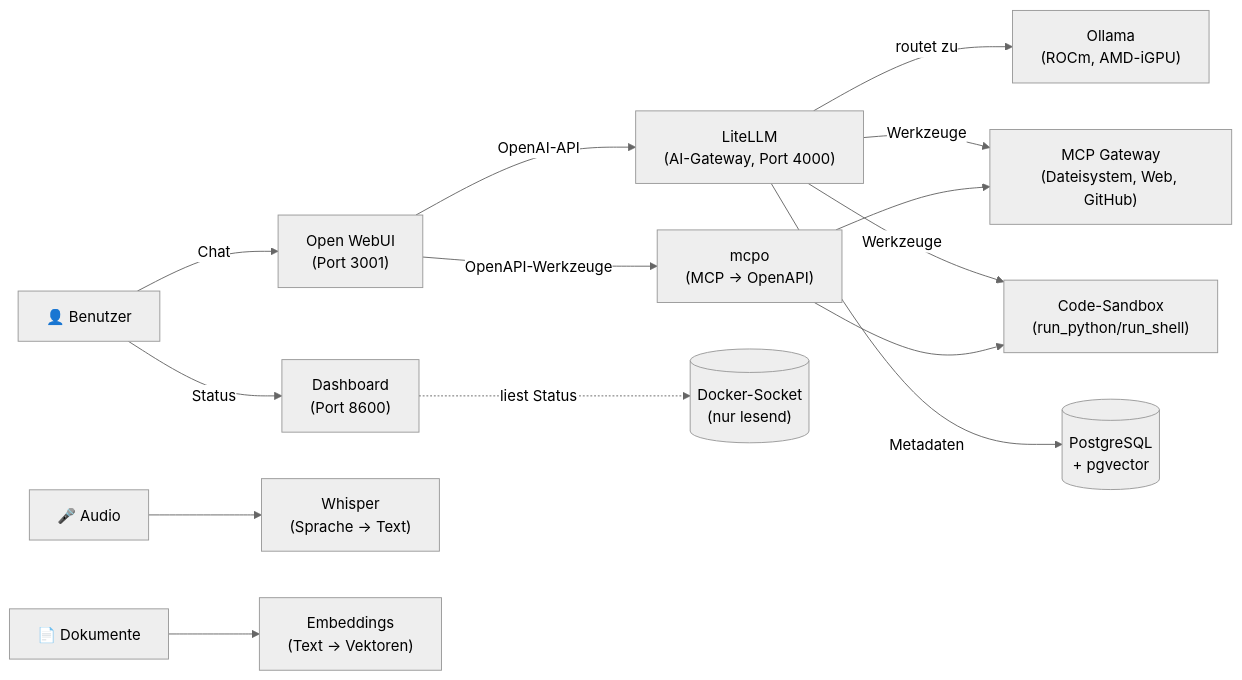
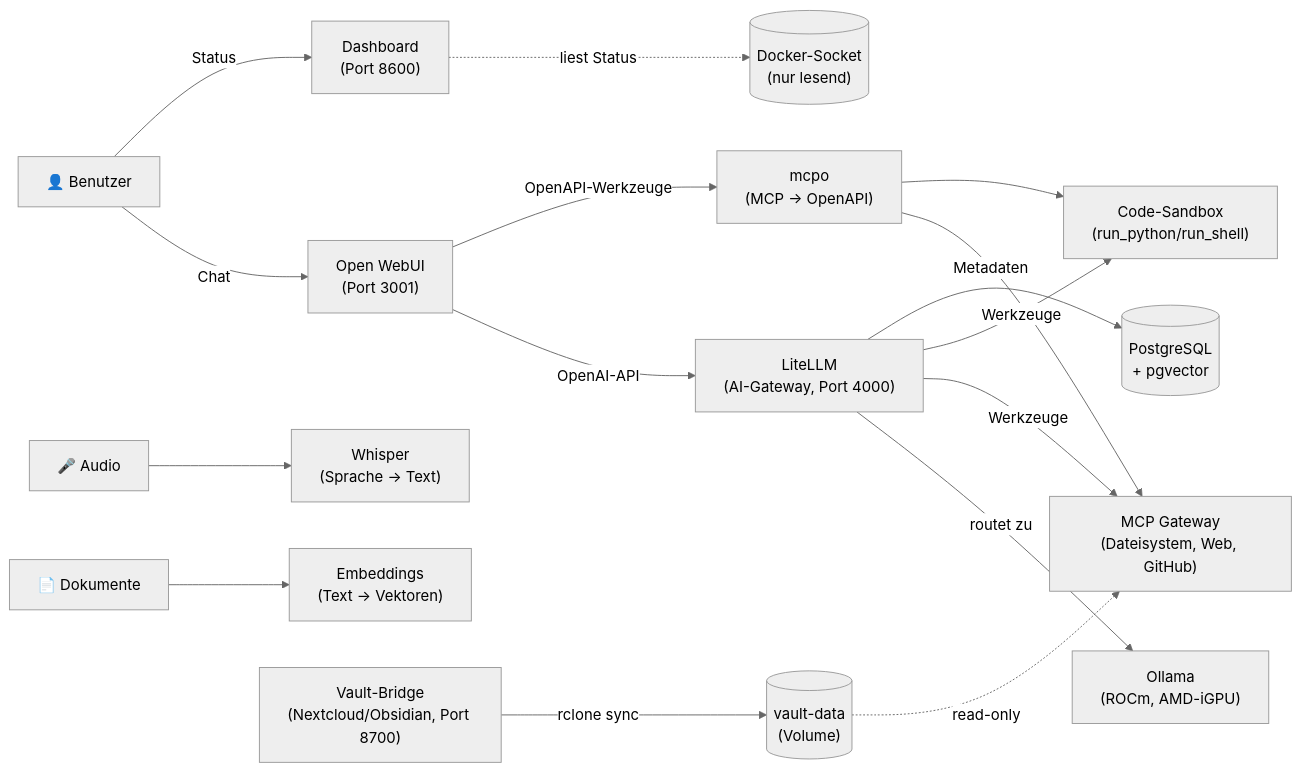
The first of 2 diagrams in README.md (derBerliner1983/self-hosted-llm-stack), drawn with Mermaid (neutral theme) before and after one commit. The commit also changed other lines of this file and 9 other files, not shown here.

````diff
--- a/README.md
+++ b/README.md
@@ -84,16 +84,18 @@
 ```mermaid
 graph LR
     U["👤 Benutzer"] -->|Chat| W["Open WebUI<br/>(Port 3001)"]
     U -->|Status| DASH["Dashboard<br/>(Port 8600)"]
     W -->|OpenAI-API| L["LiteLLM<br/>(AI-Gateway, Port 4000)"]
     W -->|OpenAPI-Werkzeuge| MO["mcpo<br/>(MCP → OpenAPI)"]
     L -->|routet zu| O["Ollama<br/>(ROCm, AMD-iGPU)"]
     L -->|Werkzeuge| M["MCP Gateway<br/>(Dateisystem, Web, GitHub)"]
     L -->|Werkzeuge| S["Code-Sandbox<br/>(run_python/run_shell)"]
     MO --> M
     MO --> S
     L -->|Metadaten| DB[("PostgreSQL<br/>+ pgvector")]
     A["🎤 Audio"] --> WH["Whisper<br/>(Sprache → Text)"]
     D["📄 Dokumente"] --> E["Embeddings<br/>(Text → Vektoren)"]
     DASH -.->|liest Status| SOCK[("Docker-Socket<br/>(nur lesend)")]
+    VB["Vault-Bridge<br/>(Nextcloud/Obsidian, Port 8700)"] -->|rclone sync| VD[("vault-data<br/>(Volume)")]
+    VD -.->|read-only| M
 ```
````
